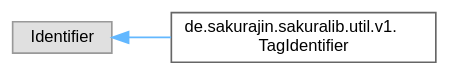
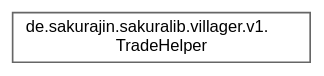
One commit to noah1510/sakura-lib changed the diagram in inherit_graph_27.dot. Above: the diagram before and after it, drawn with Graphviz. The commit also changed 77 other files, not shown here.

```diff
--- a/inherit_graph_27.dot
+++ b/inherit_graph_27.dot
@@ -1,11 +1,9 @@
 digraph "Graphical Class Hierarchy"
 {
  // LATEX_PDF_SIZE
   bgcolor="transparent";
   edge [fontname=Helvetica,fontsize=10,labelfontname=Helvetica,labelfontsize=10];
   node [fontname=Helvetica,fontsize=10,shape=box,height=0.2,width=0.4];
   rankdir="LR";
-  Node0 [label="Identifier",height=0.2,width=0.4,color="grey60", fillcolor="#E0E0E0", style="filled",tooltip=" "];
-  Node0 -> Node1 [dir="back",color="steelblue1",style="solid"];
-  Node1 [label="de.sakurajin.sakuralib.util.v1.\lTagIdentifier",height=0.2,width=0.4,color="grey40", fillcolor="white", style="filled",URL="$classde_1_1sakurajin_1_1sakuralib_1_1util_1_1v1_1_1TagIdentifier.html",tooltip=" "];
+  Node0 [label="de.sakurajin.sakuralib.villager.v1.\lTradeHelper",height=0.2,width=0.4,color="grey40", fillcolor="white", style="filled",URL="$classde_1_1sakurajin_1_1sakuralib_1_1villager_1_1v1_1_1TradeHelper.html",tooltip="A helper class to create trades for villagers."];
 }
```
